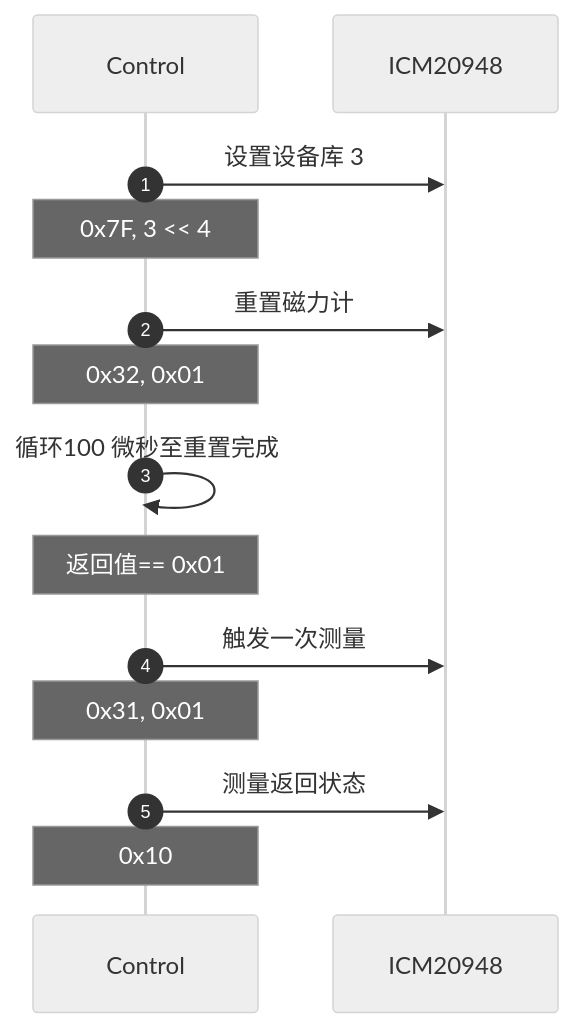
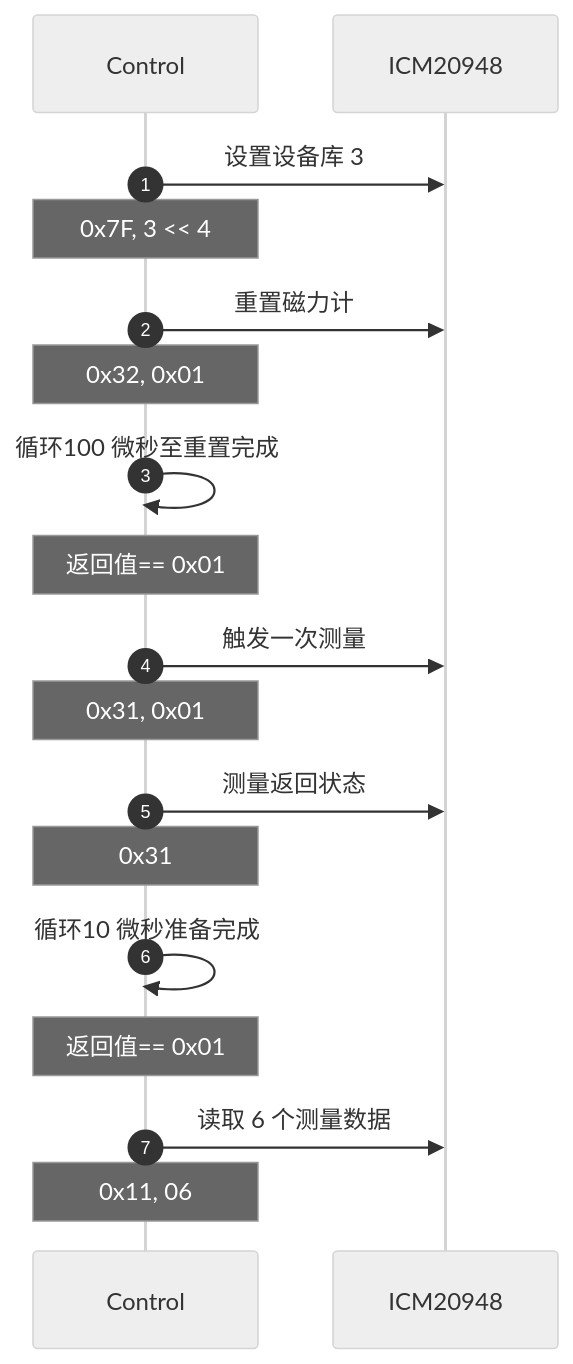
Before and after one commit to hkdickyko/hkdickyko.github.io: the fifth of 8 diagrams in _posts/2025-04-06-mdchart.md, drawn with Mermaid (neutral theme). The commit also changed other lines of this file, not shown here.

```diff
--- a/_posts/2025-04-06-mdchart.md
+++ b/_posts/2025-04-06-mdchart.md
@@ -356,16 +356,20 @@
 <div class="mermaid">
 sequenceDiagram;
    autonumber;
    participant C as Control;
    participant I as ICM20948;
    C->>I: 设置设备库 3;   
    note over C: 0x7F, 3 << 4;  
    C->>I: 重置磁力计;
    note over C: 0x32, 0x01; 
    C->>C: 循环100 微秒至重置完成;   
    note over C: 返回值== 0x01;    
    C->>I: 触发一次测量;
    note over C: 0x31, 0x01;
    C->>I: 测量返回状态;
-   note over C: 0x10;
+   note over C: 0x31;
+   C->>C: 循环10 微秒准备完成;   
+   note over C: 返回值== 0x01;
+   C->>I: 读取 6 个测量数据;
+   note over C: 0x11, 06;
 </div>   
```
